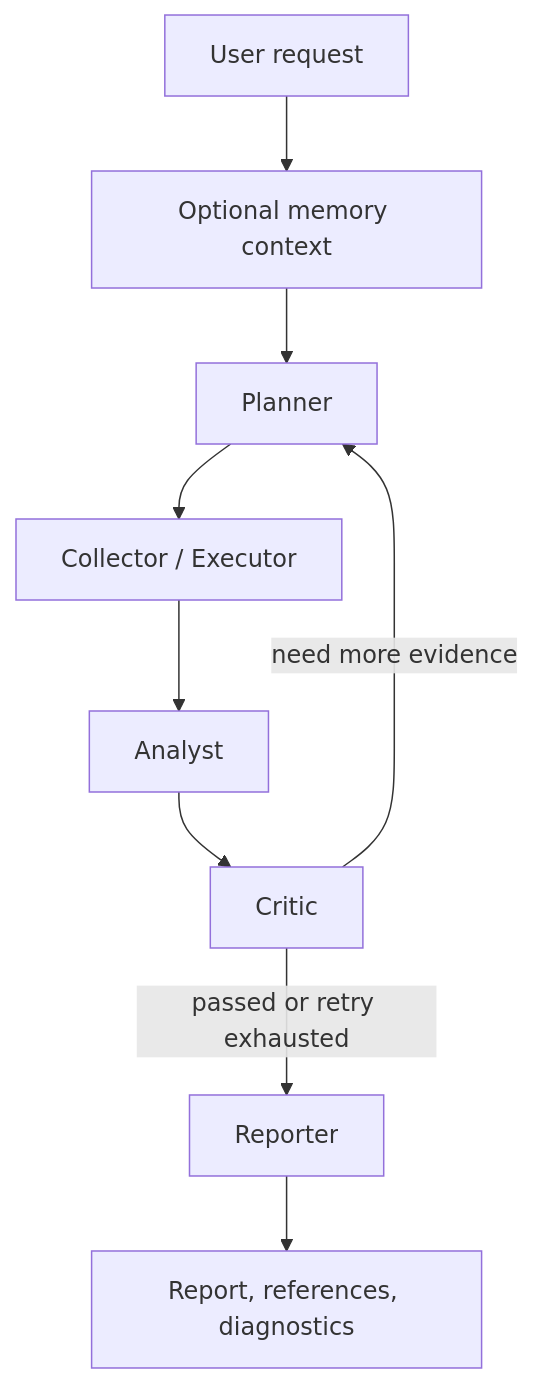
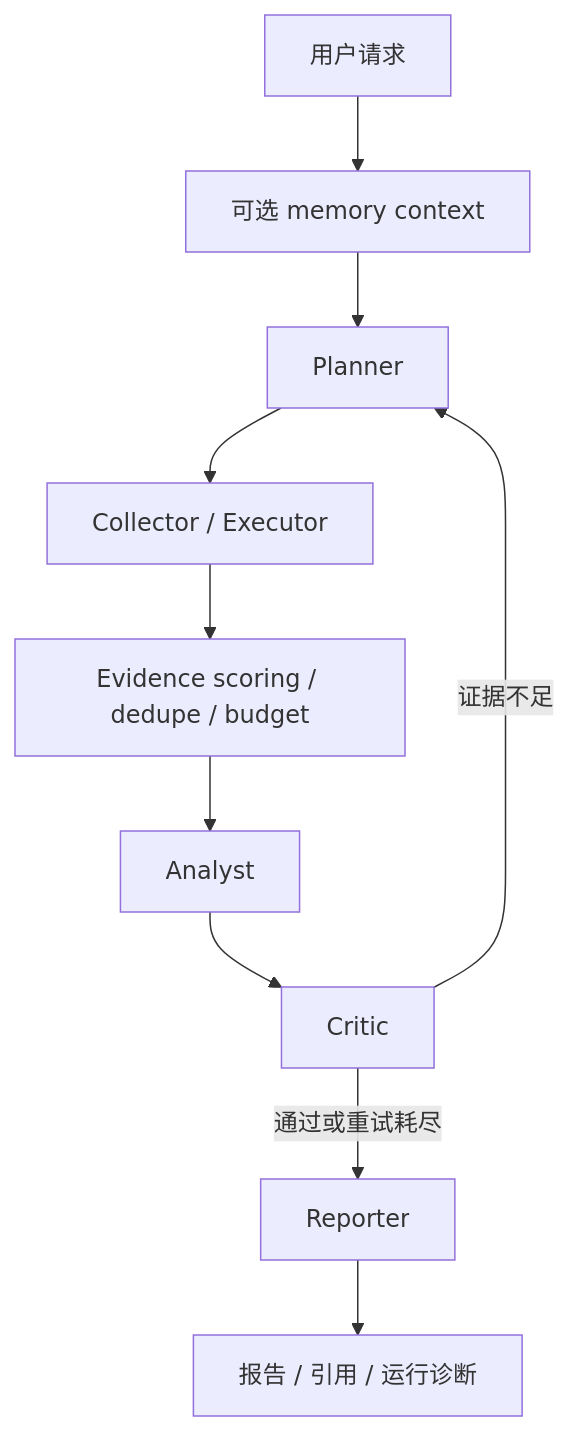
Before and after one commit to Caser-86/InsightGraph: the first of 3 diagrams in README.md, drawn with Mermaid. The commit also changed other lines of this file and 20 other files, not shown here.

````diff
--- a/README.md
+++ b/README.md
@@ -46,11 +75,12 @@
 ```mermaid
 flowchart TB
-    A[User request] --> B[Optional memory context]
+    A[用户请求] --> B[可选 memory context]
     B --> C[Planner]
     C --> D[Collector / Executor]
-    D --> E[Analyst]
-    E --> F[Critic]
-    F -->|need more evidence| C
-    F -->|passed or retry exhausted| G[Reporter]
-    G --> H[Report, references, diagnostics]
+    D --> E[Evidence scoring / dedupe / budget]
+    E --> F[Analyst]
+    F --> G[Critic]
+    G -->|证据不足| C
+    G -->|通过或重试耗尽| H[Reporter]
+    H --> I[报告 / 引用 / 运行诊断]
 ```
````
